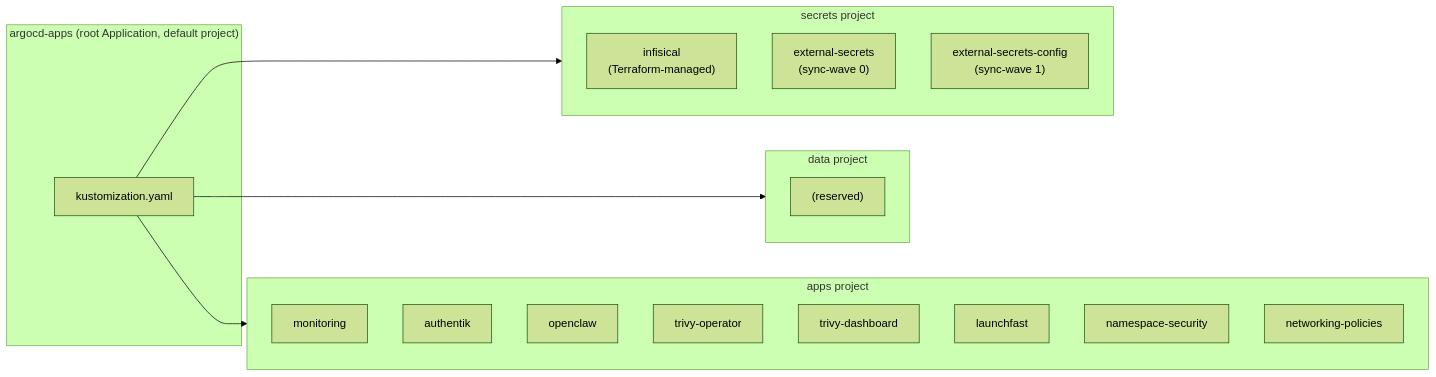
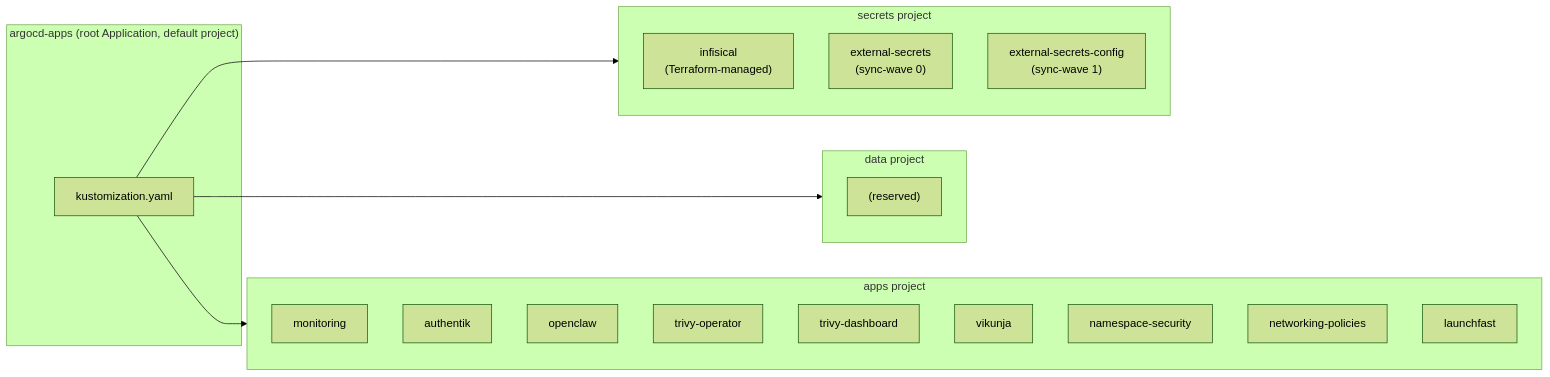
One commit to holdennguyen/homelab changed the second of 2 diagrams in k8s/apps/argocd/README.md. Above: the diagram before and after it, drawn with Mermaid (forest theme). The commit also changed 5 other files, not shown here.

````diff
--- a/k8s/apps/argocd/README.md
+++ b/k8s/apps/argocd/README.md
@@ -74,32 +74,32 @@
 ```mermaid
 flowchart LR
     subgraph root["argocd-apps (root Application, default project)"]
         Kustomize["kustomization.yaml"]
     end
 
     subgraph secretsProj["secrets project"]
         Infisical["infisical\n(Terraform-managed)"]
         A1["external-secrets\n(sync-wave 0)"]
         A2["external-secrets-config\n(sync-wave 1)"]
     end
 
     subgraph dataProj["data project"]
         A3["(reserved)"]
     end
 
     subgraph appsProj["apps project"]
         A5["monitoring"]
         A6["authentik"]
         A7["openclaw"]
         A8["trivy-operator"]
         A11["trivy-dashboard"]
         A12["vikunja"]
         A9["namespace-security"]
         A10["networking-policies"]
-        A12["launchfast"]
+        A13["launchfast"]
     end
 
     Kustomize --> secretsProj
     Kustomize --> dataProj
     Kustomize --> appsProj
 ```
````
